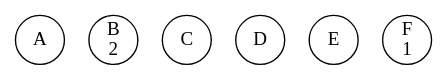
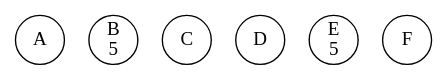
Before and after one commit to li23179/GO: the diagram in concurrency-lab-2/bank/out/0000000001.gv, drawn with Graphviz. The commit also changed 76 other files, not shown here.

```diff
--- a/concurrency-lab-2/bank/out/0000000001.gv
+++ b/concurrency-lab-2/bank/out/0000000001.gv
@@ -1,8 +1,8 @@
 digraph bank {
 	 0 [label= "A\n" , pos= "1,0!" , shape=circle, fixedsize=true, width=0.5 ]
-	 1 [label= "B\n2" , pos= "0,1!" , shape=circle, fixedsize=true, width=0.5 ]
+	 1 [label= "B\n5" , pos= "0,1!" , shape=circle, fixedsize=true, width=0.5 ]
 	 2 [label= "C\n" , pos= "1,2!" , shape=circle, fixedsize=true, width=0.5 ]
 	 3 [label= "D\n" , pos= "2,2!" , shape=circle, fixedsize=true, width=0.5 ]
-	 4 [label= "E\n" , pos= "3,1!" , shape=circle, fixedsize=true, width=0.5 ]
-	 5 [label= "F\n1" , pos= "2,0!" , shape=circle, fixedsize=true, width=0.5 ]
+	 4 [label= "E\n5" , pos= "3,1!" , shape=circle, fixedsize=true, width=0.5 ]
+	 5 [label= "F\n" , pos= "2,0!" , shape=circle, fixedsize=true, width=0.5 ]
 }
```
